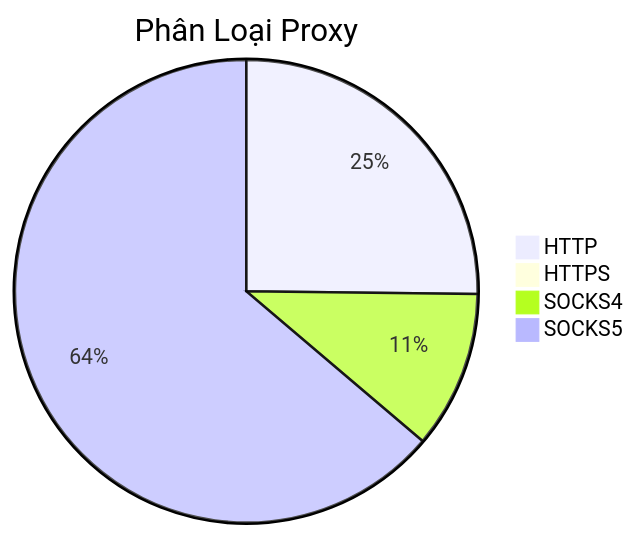
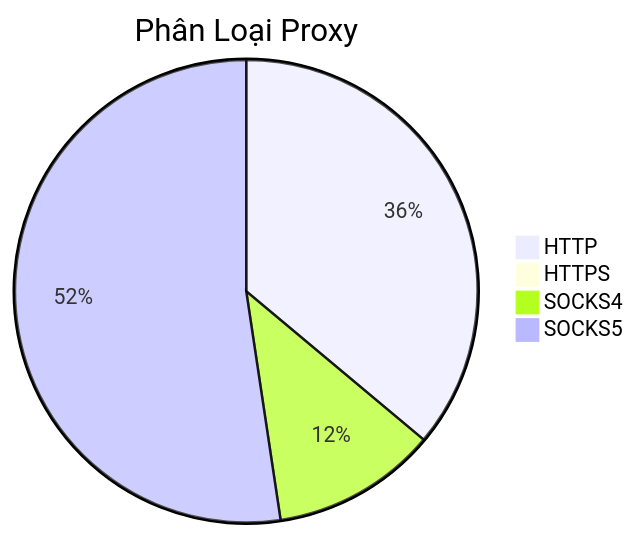
The diagram in README.md (Ciara-12/PROXY-free), drawn with Mermaid before and after one commit. The commit also changed other lines of this file and 3 other files, not shown here.

````diff
--- a/README.md
+++ b/README.md
@@ -26,7 +26,7 @@
 ```mermaid
 pie title Phân Loại Proxy
-    "HTTP" : 652
+    "HTTP" : 935
     "HTTPS" : 0
-    "SOCKS4" : 285
-    "SOCKS5" : 1651
+    "SOCKS4" : 299
+    "SOCKS5" : 1357
 ```
````
